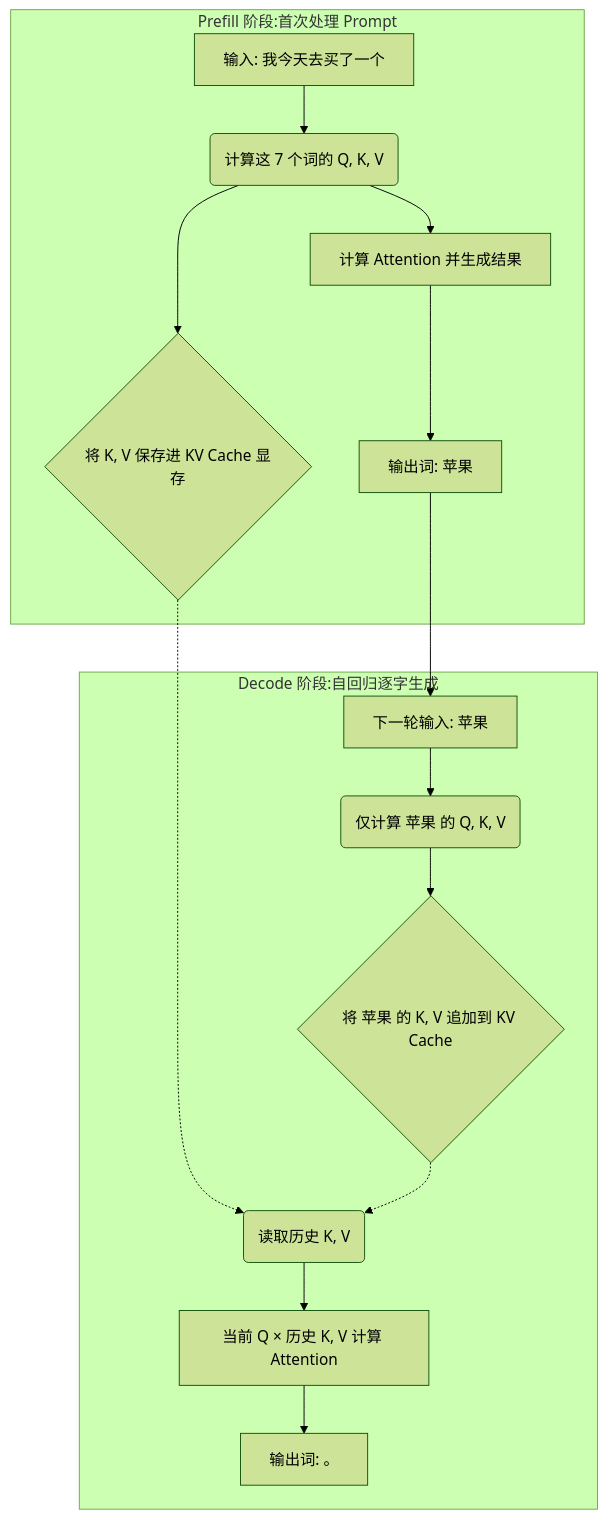
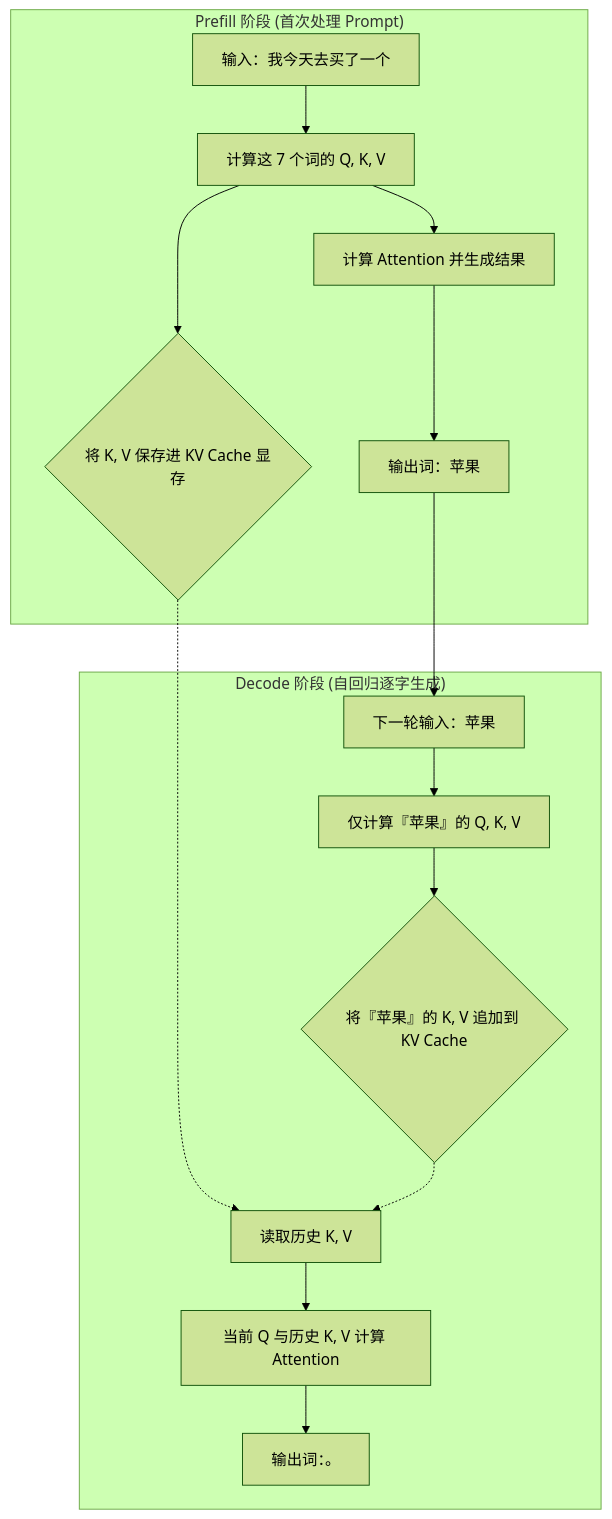
The first of 2 diagrams in learn_path/01_1_Transformer_Core_KVCache_RoPE.md (thisisjayden/ai-learning), drawn with Mermaid (forest theme) before and after one commit. The commit also changed other lines of this file and 1 other file, not shown here.

Commit message:
fix: strictly quote all Mermaid node labels to ensure GitHub compatibility

````diff
--- a/learn_path/01_1_Transformer_Core_KVCache_RoPE.md
+++ b/learn_path/01_1_Transformer_Core_KVCache_RoPE.md
@@ -26,20 +26,20 @@
 ```mermaid
 graph TD
-    subgraph Prefill [Prefill 阶段:首次处理 Prompt]
-        A[输入: 我今天去买了一个] --> B(计算这 7 个词的 Q, K, V)
-        B --> C{将 K, V 保存进 KV Cache 显存}
-        B --> D[计算 Attention 并生成结果]
-        D --> E[输出词: 苹果]
+    subgraph Prefill["Prefill 阶段 (首次处理 Prompt)"]
+        A["输入：我今天去买了一个"] --> B["计算这 7 个词的 Q, K, V"]
+        B --> C{"将 K, V 保存进 KV Cache 显存"}
+        B --> D["计算 Attention 并生成结果"]
+        D --> E["输出词：苹果"]
     end
 
-    subgraph Decode [Decode 阶段:自回归逐字生成]
-        E --> F[下一轮输入: 苹果]
-        F --> G(仅计算 苹果 的 Q, K, V)
-        G --> H{将 苹果 的 K, V 追加到 KV Cache}
+    subgraph Decode["Decode 阶段 (自回归逐字生成)"]
+        E --> F["下一轮输入：苹果"]
+        F --> G["仅计算『苹果』的 Q, K, V"]
+        G --> H{"将『苹果』的 K, V 追加到 KV Cache"}
         
-        C -.-> I(读取历史 K, V)
+        C -.-> I["读取历史 K, V"]
         H -.-> I
-        I --> J[当前 Q × 历史 K, V 计算 Attention]
-        J --> K[输出词: 。]
+        I --> J["当前 Q 与历史 K, V 计算 Attention"]
+        J --> K["输出词：。"]
     end
 ```
````
